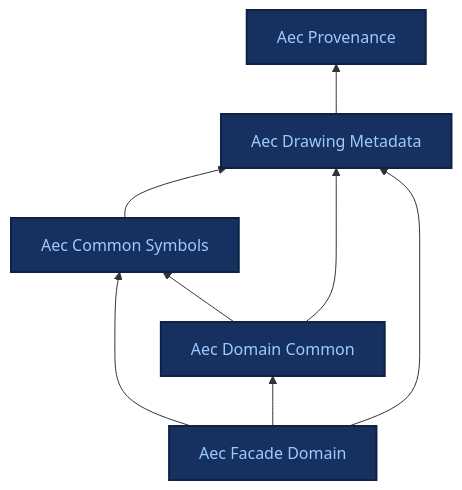
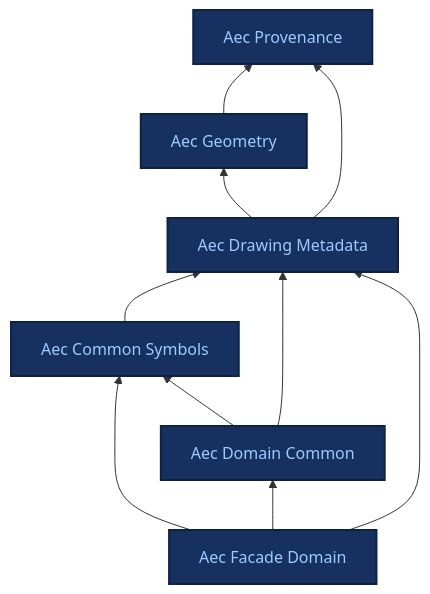
One commit to BuroHappoldMachineLearning/ADIRO changed the diagram in docs/ontologies/index.md. Above: the diagram before and after it, drawn with Mermaid. The commit also changed other lines of this file and 24 other files, not shown here.

First line of the commit message:
feat(aec_geometry): new module - provenance-bearing BoundingBox + CoordinateFrame (#90)

````diff
--- a/docs/ontologies/index.md
+++ b/docs/ontologies/index.md
@@ -9,23 +9,27 @@
 ```mermaid
 %%{init: {"themeCSS": ".base .nodeLabel,.base .nodeLabel p,.base text,.base tspan{fill:#9ecbff !important;color:#9ecbff !important}.current .nodeLabel,.current .nodeLabel p,.current text,.current tspan{fill:#16305f !important;color:#16305f !important}"} }%%
 graph BT
     aec_provenance["Aec Provenance"]
+    aec_geometry["Aec Geometry"]
     aec_drawing_metadata["Aec Drawing Metadata"]
     aec_common_symbols["Aec Common Symbols"]
     aec_domain_common["Aec Domain Common"]
     aec_facade_domain["Aec Facade Domain"]
+    aec_geometry --> aec_provenance
+    aec_drawing_metadata --> aec_geometry
     aec_drawing_metadata --> aec_provenance
     aec_common_symbols --> aec_drawing_metadata
     aec_domain_common --> aec_common_symbols
     aec_domain_common --> aec_drawing_metadata
     aec_facade_domain --> aec_common_symbols
     aec_facade_domain --> aec_domain_common
     aec_facade_domain --> aec_drawing_metadata
     click aec_provenance "aec_provenance/" "Aec Provenance reference page"
+    click aec_geometry "aec_geometry/" "Aec Geometry reference page"
     click aec_drawing_metadata "aec_drawing_metadata/" "Aec Drawing Metadata reference page"
     click aec_common_symbols "aec_common_symbols/" "Aec Common Symbols reference page"
     click aec_domain_common "aec_domain_common/" "Aec Domain Common reference page"
     click aec_facade_domain "aec_facade_domain/" "Aec Facade Domain reference page"
     classDef base fill:#16305f,stroke:#0e2247,stroke-width:2px,color:#9ecbff;
-    class aec_provenance,aec_drawing_metadata,aec_common_symbols,aec_domain_common,aec_facade_domain base;
+    class aec_provenance,aec_geometry,aec_drawing_metadata,aec_common_symbols,aec_domain_common,aec_facade_domain base;
 ```
````
